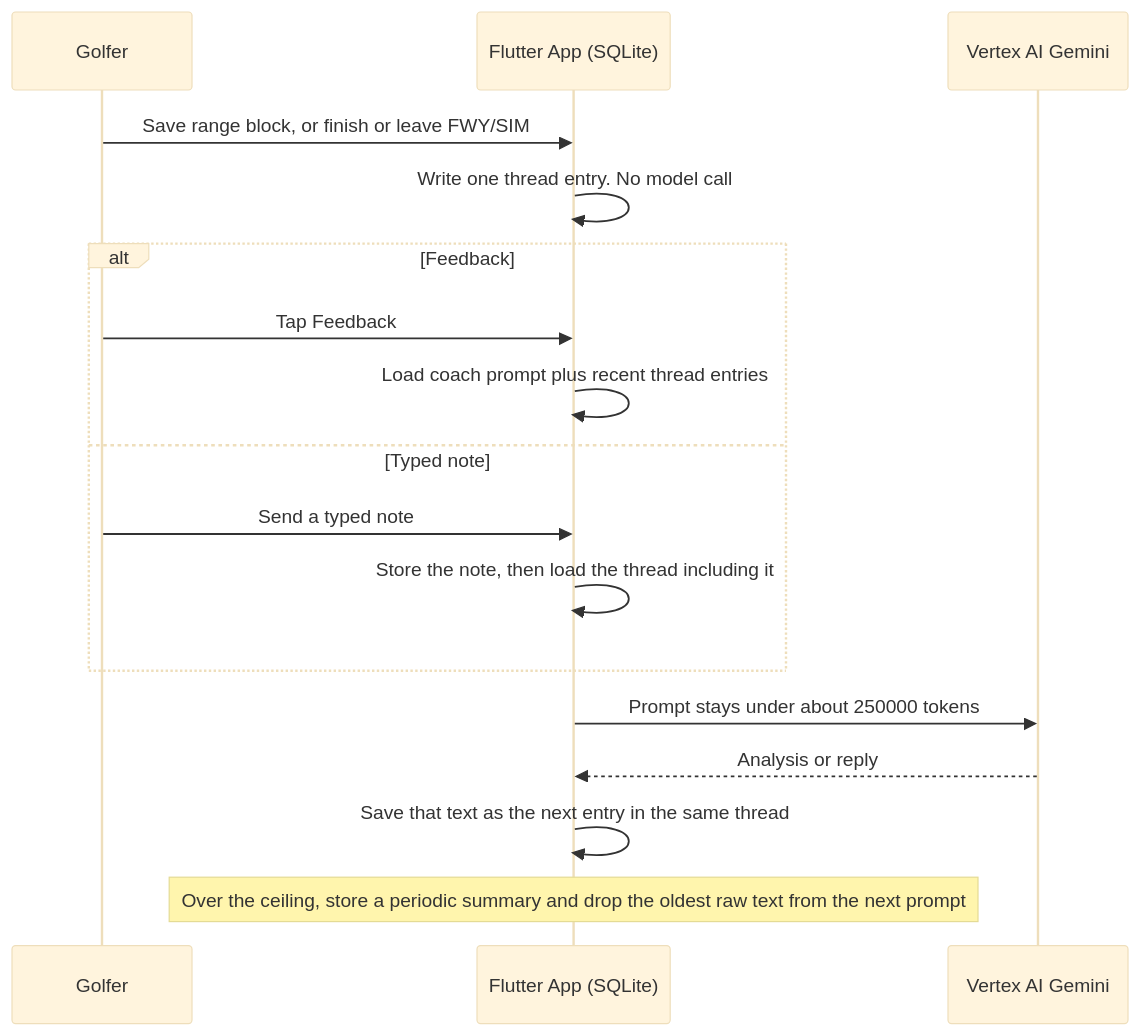
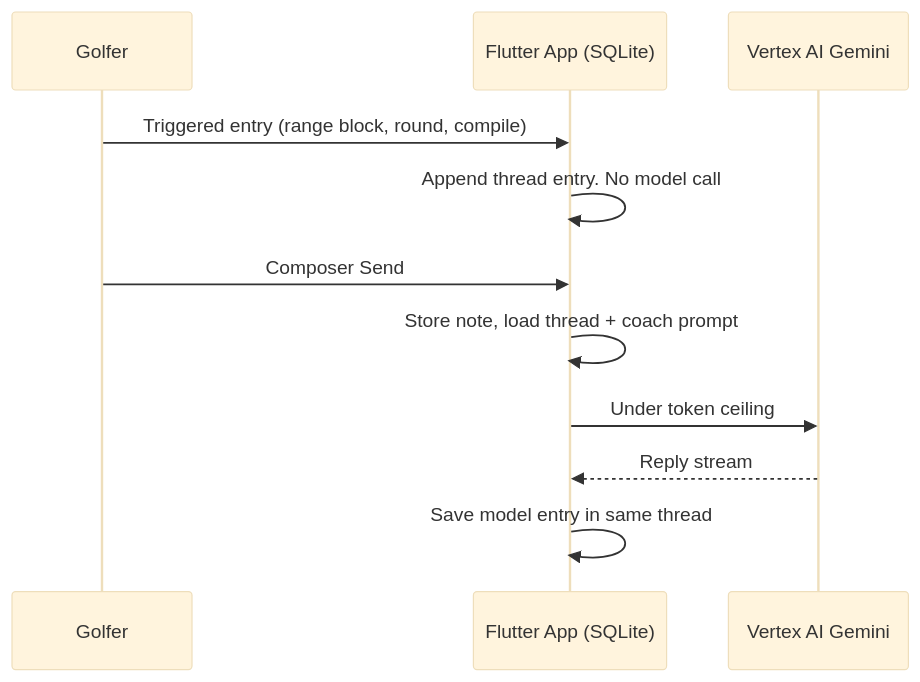
One commit to ograva/My-Golf-Diary changed the fourth of 4 diagrams in docs/context/Architecture.md. Above: the diagram before and after it, drawn with Mermaid (base theme). The commit also changed other lines of this file and 24 other files, not shown here.

````diff
--- a/docs/context/Architecture.md
+++ b/docs/context/Architecture.md
@@ -315,20 +356,14 @@
 ```mermaid
 sequenceDiagram
   participant User as Golfer
   participant App as Flutter App (SQLite)
   participant AI as Vertex AI Gemini
 
-  User->>App: Save range block, or finish or leave FWY/SIM
-  App->>App: Write one thread entry. No model call
-  alt Feedback
-    User->>App: Tap Feedback
-    App->>App: Load coach prompt plus recent thread entries
-  else Typed note
-    User->>App: Send a typed note
-    App->>App: Store the note, then load the thread including it
-  end
-  App->>AI: Prompt stays under about 250000 tokens
-  AI-->>App: Analysis or reply
-  App->>App: Save that text as the next entry in the same thread
-  Note over App: Over the ceiling, store a periodic summary and drop the oldest raw text from the next prompt
+  User->>App: Triggered entry (range block, round, compile)
+  App->>App: Append thread entry. No model call
+  User->>App: Composer Send
+  App->>App: Store note, load thread + coach prompt
+  App->>AI: Under token ceiling
+  AI-->>App: Reply stream
+  App->>App: Save model entry in same thread
 ```
````
